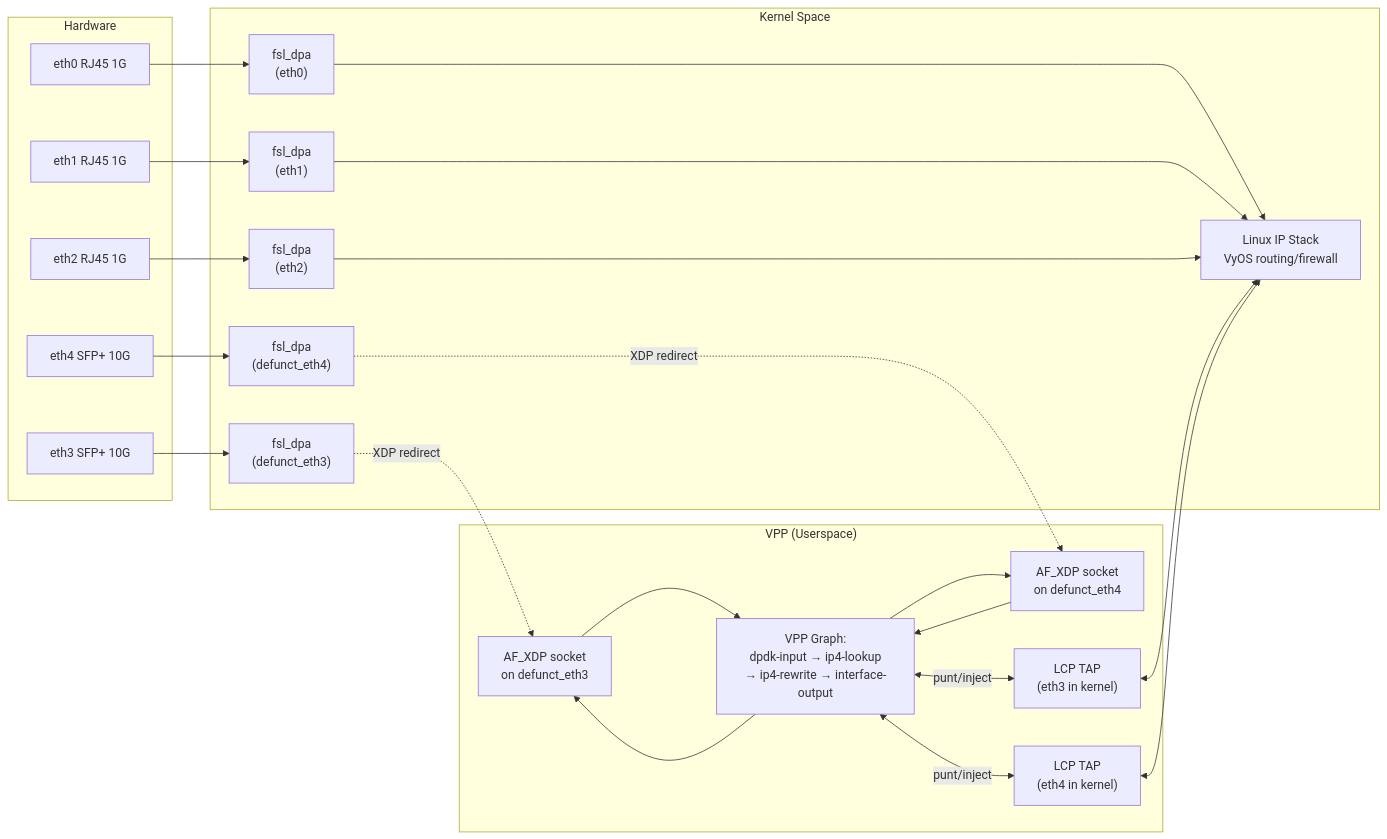
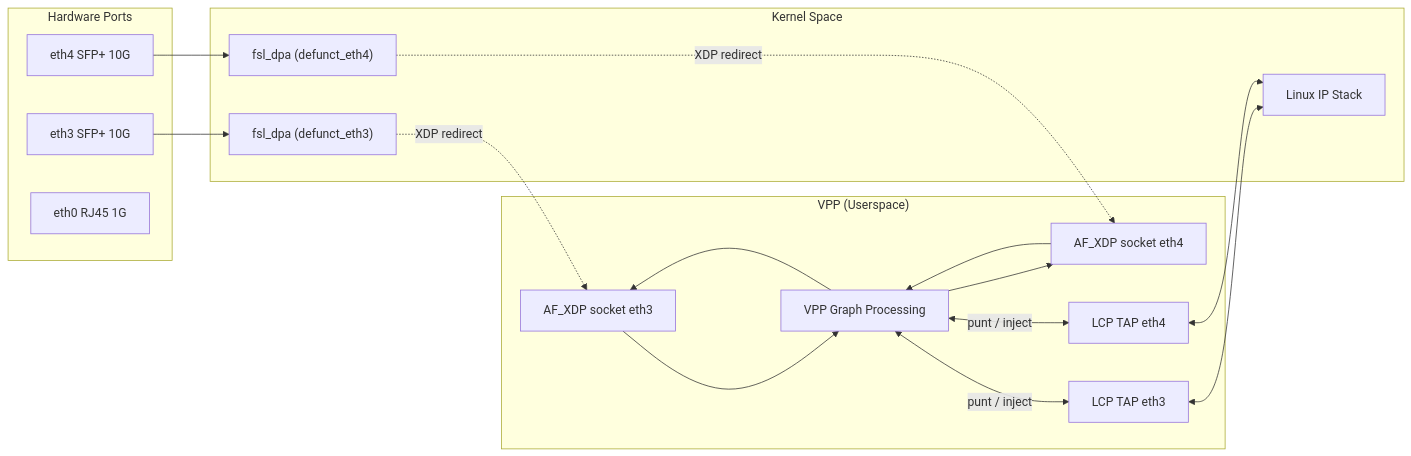
One commit to Daegara/vyos-ls1046a-build changed the third of 4 diagrams in plans/NETWORKING-DEEP-DIVE.md. Above: the diagram before and after it, drawn with Mermaid. The commit also changed other lines of this file and 9 other files, not shown here.

````diff
--- a/plans/NETWORKING-DEEP-DIVE.md
+++ b/plans/NETWORKING-DEEP-DIVE.md
@@ -194,43 +159,30 @@
 ```mermaid
 graph LR
-    subgraph "Hardware"
+    subgraph "Hardware Ports"
         SFP3["eth3 SFP+ 10G"]
         SFP4["eth4 SFP+ 10G"]
         RJ0["eth0 RJ45 1G"]
-        RJ1["eth1 RJ45 1G"]
-        RJ2["eth2 RJ45 1G"]
     end
 
     subgraph "Kernel Space"
-        K_DPA3["fsl_dpa<br/>(defunct_eth3)"]
-        K_DPA4["fsl_dpa<br/>(defunct_eth4)"]
-        K_DPA0["fsl_dpa<br/>(eth0)"]
-        K_DPA1["fsl_dpa<br/>(eth1)"]
-        K_DPA2["fsl_dpa<br/>(eth2)"]
-        STACK["Linux IP Stack<br/>VyOS routing/firewall"]
+        K_DPA3["fsl_dpa (defunct_eth3)"]
+        K_DPA4["fsl_dpa (defunct_eth4)"]
+        STACK["Linux IP Stack"]
     end
 
     subgraph "VPP (Userspace)"
-        AFXDP3["AF_XDP socket<br/>on defunct_eth3"]
-        AFXDP4["AF_XDP socket<br/>on defunct_eth4"]
-        GRAPH["VPP Graph:<br/>dpdk-input → ip4-lookup<br/>→ ip4-rewrite → interface-output"]
-        LCP3["LCP TAP<br/>(eth3 in kernel)"]
-        LCP4["LCP TAP<br/>(eth4 in kernel)"]
+        AFXDP3["AF_XDP socket eth3"]
+        AFXDP4["AF_XDP socket eth4"]
+        GRAPH["VPP Graph Processing"]
+        LCP3["LCP TAP eth3"]
+        LCP4["LCP TAP eth4"]
     end
 
     SFP3 --> K_DPA3
     SFP4 --> K_DPA4
-    RJ0 --> K_DPA0
-    RJ1 --> K_DPA1
-    RJ2 --> K_DPA2
-
     K_DPA3 -.->|XDP redirect| AFXDP3
     K_DPA4 -.->|XDP redirect| AFXDP4
-    AFXDP3 & AFXDP4 --> GRAPH
-    GRAPH --> AFXDP3 & AFXDP4
-
-    K_DPA0 & K_DPA1 & K_DPA2 --> STACK
-
-    GRAPH <-->|punt/inject| LCP3 & LCP4
+    AFXDP3 & AFXDP4 --> GRAPH --> AFXDP3 & AFXDP4
+    GRAPH <-->|punt / inject| LCP3 & LCP4
     LCP3 & LCP4 <--> STACK
 ```
````
